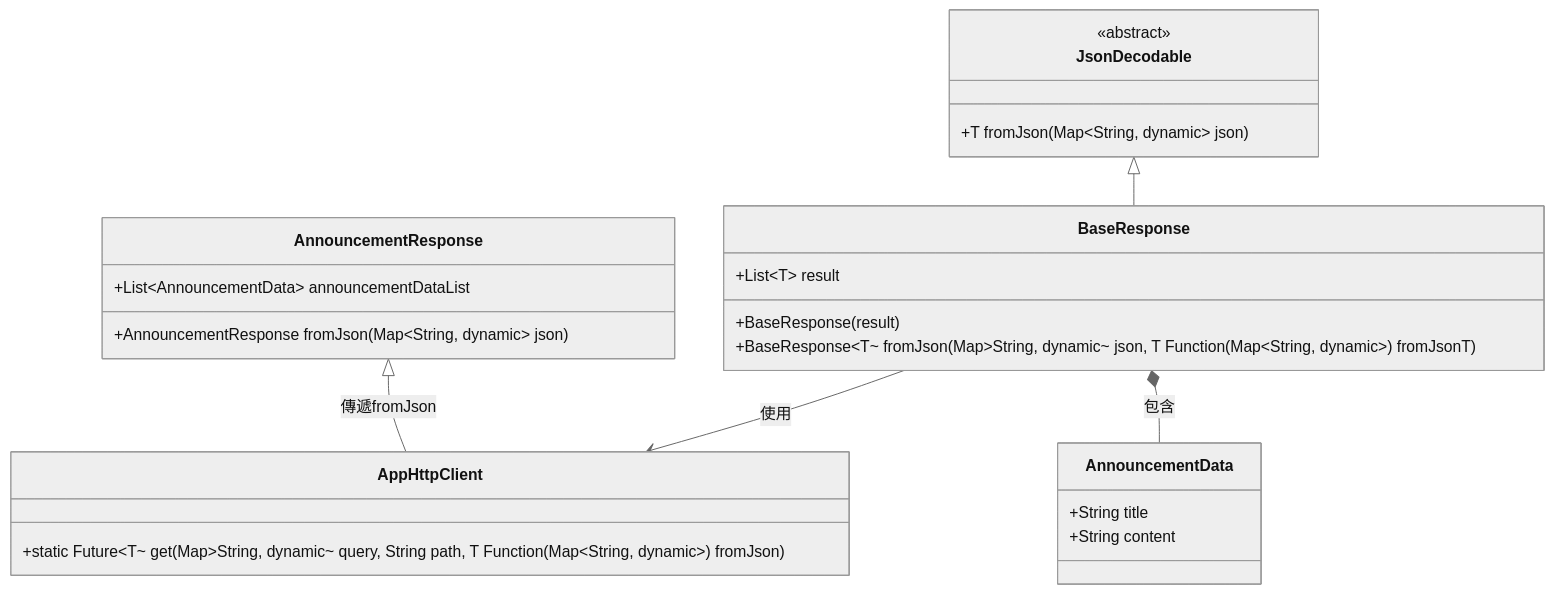
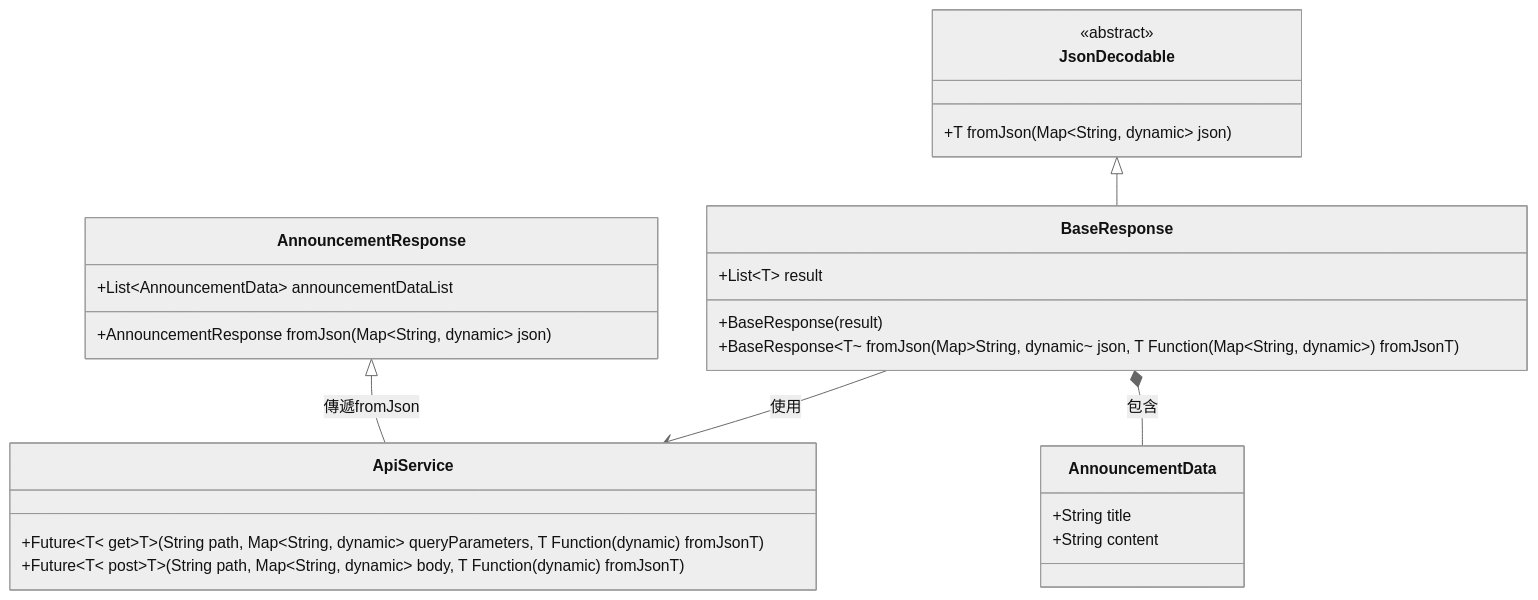
One commit to SD19767/JsonDecodable changed the first of 2 diagrams in README.md. Above: the diagram before and after it, drawn with Mermaid (neutral theme). The commit also changed other lines of this file, not shown here.

````diff
--- a/README.md
+++ b/README.md
@@ -12,34 +29,35 @@
 ```mermaid
 classDiagram
     class JsonDecodable {
         <<abstract>>
         +T fromJson(Map~String, dynamic~ json)
     }
 
     class BaseResponse {
         +List~T~ result
         +BaseResponse(result)
         +BaseResponse~T~ fromJson(Map~String, dynamic~ json, T Function(Map~String, dynamic~) fromJsonT)
     }
 
     JsonDecodable <|-- BaseResponse
 
-    class AppHttpClient {
-        +static Future~T~ get(Map~String, dynamic~ query, String path, T Function(Map~String, dynamic~) fromJson)
+    class ApiService {
+        +Future~T~ get~T~(String path, Map~String, dynamic~ queryParameters, T Function(dynamic) fromJsonT)
+        +Future~T~ post~T~(String path, Map~String, dynamic~ body, T Function(dynamic) fromJsonT)
     }
 
     class AnnouncementResponse {
         +List~AnnouncementData~ announcementDataList
         +AnnouncementResponse fromJson(Map~String, dynamic~ json)
     }
 
-    BaseResponse --> AppHttpClient : 使用
-    AnnouncementResponse <|-- AppHttpClient : 傳遞fromJson
+    BaseResponse --> ApiService : 使用
+    AnnouncementResponse <|-- ApiService : 傳遞fromJson
 
     class AnnouncementData {
         +String title
         +String content
     }
 
     BaseResponse *-- AnnouncementData : 包含
 ```
````
